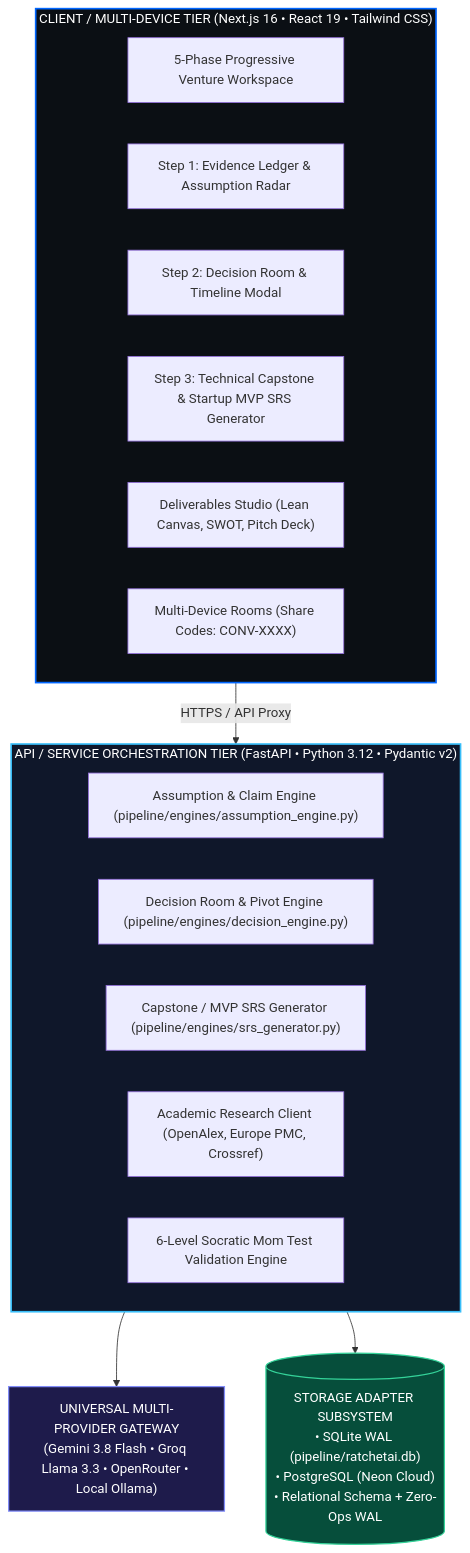
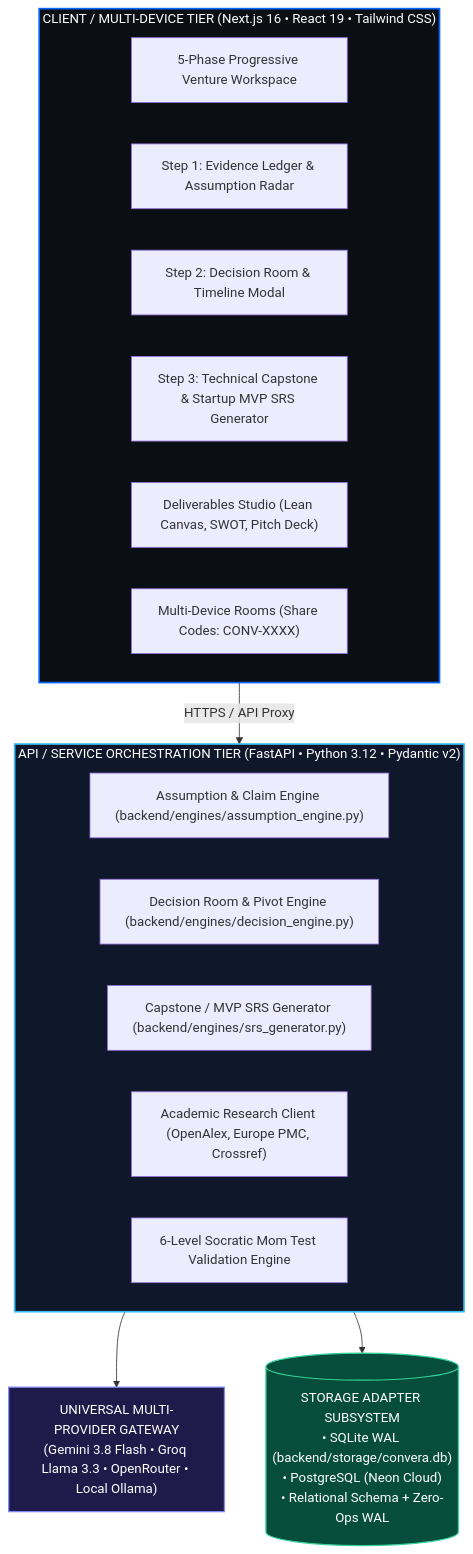
Before and after one commit to markalvincadangin/CONVERA: the diagram in docs/SRSDS.md, drawn with Mermaid. The commit also changed 1 other file, not shown here.

Commit message:
docs: finalize architecture specifications and governing framework headers for CONVERA

````diff
--- a/docs/SRSDS.md
+++ b/docs/SRSDS.md
@@ -44,29 +44,29 @@
 ```mermaid
 graph TD
     subgraph ClientTier["CLIENT / MULTI-DEVICE TIER (Next.js 16 • React 19 • Tailwind CSS)"]
         UI1["5-Phase Progressive Venture Workspace"]
         UI2["Step 1: Evidence Ledger & Assumption Radar"]
         UI3["Step 2: Decision Room & Timeline Modal"]
         UI4["Step 3: Technical Capstone & Startup MVP SRS Generator"]
         UI5["Deliverables Studio (Lean Canvas, SWOT, Pitch Deck)"]
         UI6["Multi-Device Rooms (Share Codes: CONV-XXXX)"]
     end
 
     ClientTier -->|HTTPS / API Proxy| APITier
 
     subgraph APITier["API / SERVICE ORCHESTRATION TIER (FastAPI • Python 3.12 • Pydantic v2)"]
-        ENG1["Assumption & Claim Engine (pipeline/engines/assumption_engine.py)"]
-        ENG2["Decision Room & Pivot Engine (pipeline/engines/decision_engine.py)"]
-        ENG3["Capstone / MVP SRS Generator (pipeline/engines/srs_generator.py)"]
+        ENG1["Assumption & Claim Engine (backend/engines/assumption_engine.py)"]
+        ENG2["Decision Room & Pivot Engine (backend/engines/decision_engine.py)"]
+        ENG3["Capstone / MVP SRS Generator (backend/engines/srs_generator.py)"]
         ENG4["Academic Research Client (OpenAlex, Europe PMC, Crossref)"]
         ENG5["6-Level Socratic Mom Test Validation Engine"]
     end
 
     APITier --> LLMTier["UNIVERSAL MULTI-PROVIDER GATEWAY<br/>(Gemini 3.8 Flash • Groq Llama 3.3 • OpenRouter • Local Ollama)"]
-    APITier --> StorageTier[("STORAGE ADAPTER SUBSYSTEM<br/>• SQLite WAL (pipeline/ratchetai.db)<br/>• PostgreSQL (Neon Cloud)<br/>• Relational Schema + Zero-Ops WAL")]
+    APITier --> StorageTier[("STORAGE ADAPTER SUBSYSTEM<br/>• SQLite WAL (backend/storage/convera.db)<br/>• PostgreSQL (Neon Cloud)<br/>• Relational Schema + Zero-Ops WAL")]
 
     style ClientTier fill:#0b0f14,stroke:#0066ff,stroke-width:2px,color:#ffffff
     style APITier fill:#0f172a,stroke:#38bdf8,stroke-width:2px,color:#ffffff
     style LLMTier fill:#1e1b4b,stroke:#818cf8,stroke-width:1.5px,color:#ffffff
     style StorageTier fill:#064e3b,stroke:#34d399,stroke-width:1.5px,color:#ffffff
 ```
````
